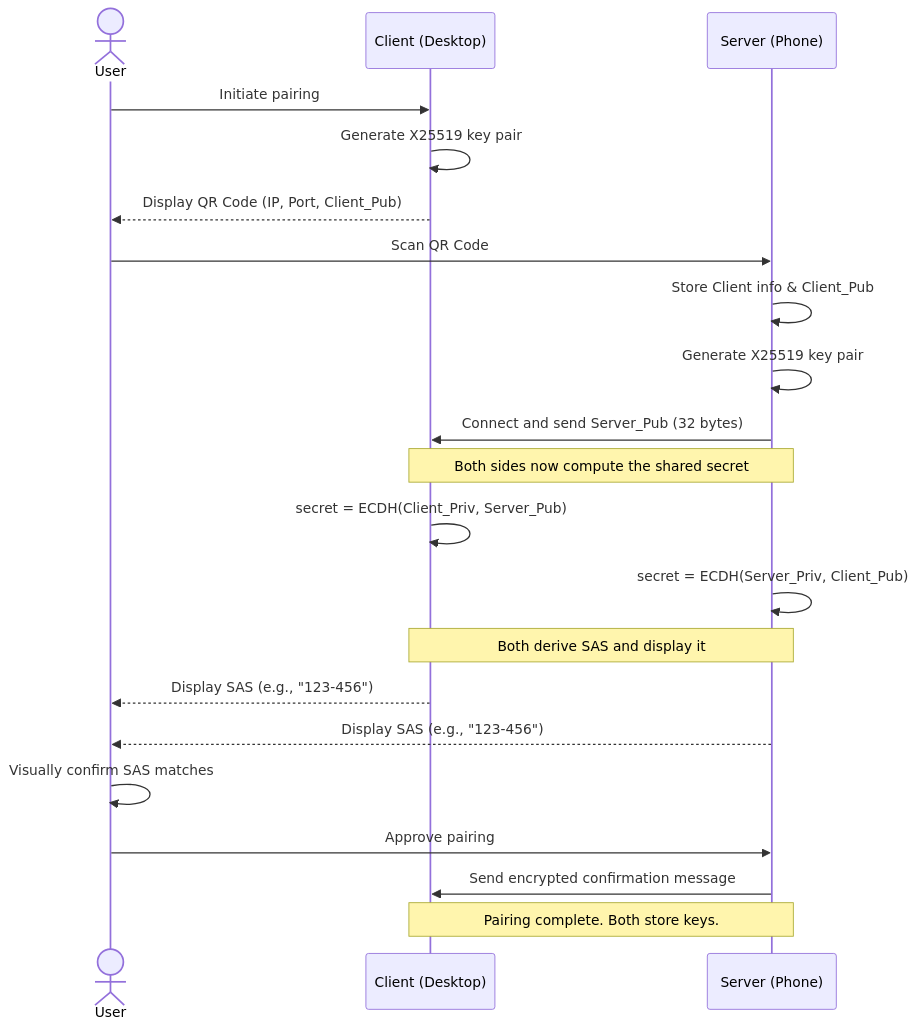
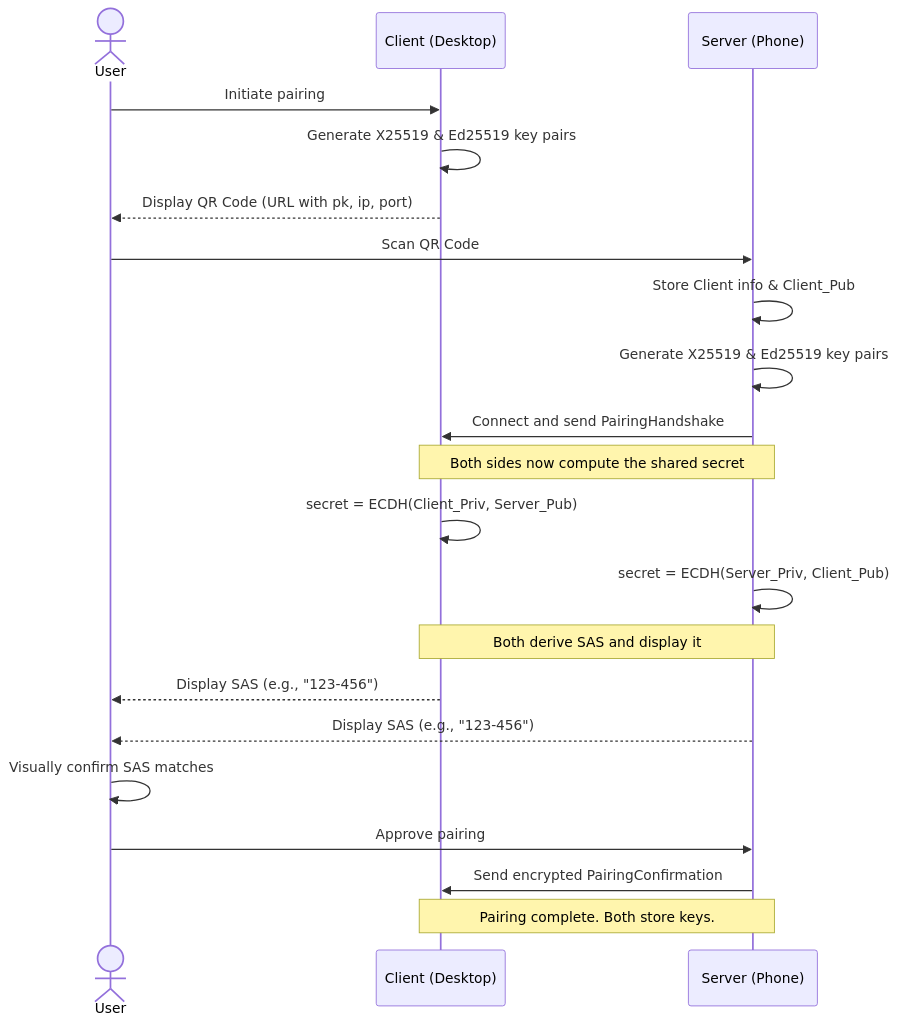
One commit to Lolle2000la/tapauth changed the diagram in docs/design-documents/protocoll/initial-key-exchange.md. Above: the diagram before and after it, drawn with Mermaid. The commit also changed other lines of this file, not shown here.

Commit message:
Further specify the QR code format

````diff
--- a/docs/design-documents/protocoll/initial-key-exchange.md
+++ b/docs/design-documents/protocoll/initial-key-exchange.md
@@ -19,31 +19,31 @@
 ```mermaid
 sequenceDiagram
     actor User
     participant Client (Desktop)
     participant Server (Phone)
 
     User->>Client (Desktop): Initiate pairing
-    Client (Desktop)->>Client (Desktop): Generate X25519 key pair
-    Client (Desktop)-->>User: Display QR Code (IP, Port, Client_Pub)
+    Client (Desktop)->>Client (Desktop): Generate X25519 & Ed25519 key pairs
+    Client (Desktop)-->>User: Display QR Code (URL with pk, ip, port)
 
     User->>Server (Phone): Scan QR Code
     Server (Phone)->>Server (Phone): Store Client info & Client_Pub
-    Server (Phone)->>Server (Phone): Generate X25519 key pair
+    Server (Phone)->>Server (Phone): Generate X25519 & Ed25519 key pairs
     
-    Server (Phone)->>Client (Desktop): Connect and send Server_Pub (32 bytes)
+    Server (Phone)->>Client (Desktop): Connect and send PairingHandshake
     
     Note over Client (Desktop),Server (Phone): Both sides now compute the shared secret
     Client (Desktop)->>Client (Desktop): secret = ECDH(Client_Priv, Server_Pub)
     Server (Phone)->>Server (Phone): secret = ECDH(Server_Priv, Client_Pub)
     
     Note over Client (Desktop),Server (Phone): Both derive SAS and display it
     Client (Desktop)-->>User: Display SAS (e.g., "123-456")
     Server (Phone)-->>User: Display SAS (e.g., "123-456")
 
     User->>User: Visually confirm SAS matches
     User->>Server (Phone): Approve pairing
     
-    Server (Phone)->>Client (Desktop): Send encrypted confirmation message
+    Server (Phone)->>Client (Desktop): Send encrypted PairingConfirmation
     
     Note over Client (Desktop),Server (Phone): Pairing complete. Both store keys.
 ```
````
